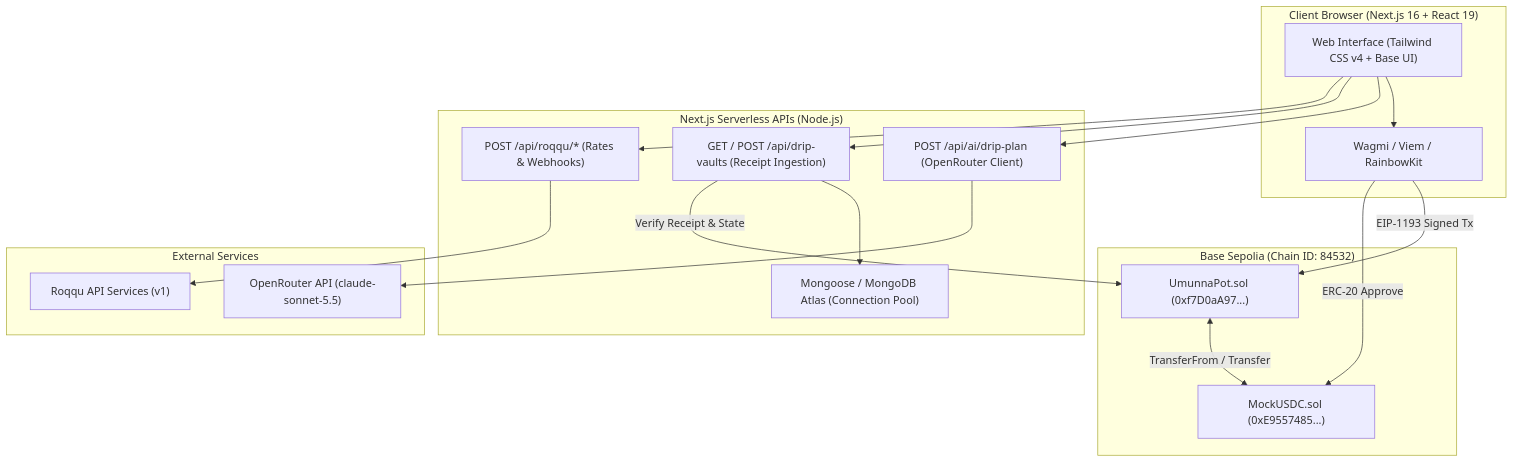
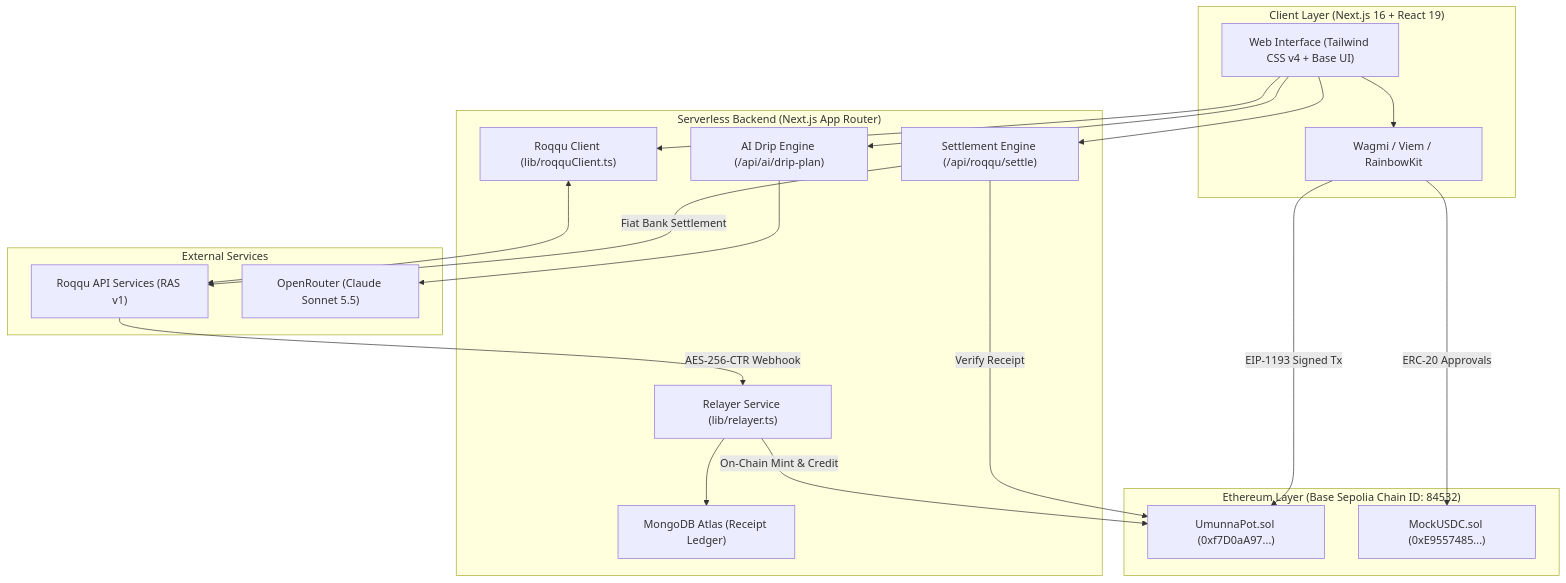
One commit to Umunna-Pot/umunna-pot changed the third of 3 diagrams in README.md. Above: the diagram before and after it, drawn with Mermaid. The commit also changed other lines of this file and 10 other files, not shown here.

Commit message:
fix: sync dashboard quorum banner with on-chain state; widen drip vault modal; brand wallet button; revamp README with Roqqu and contract details

````diff
--- a/README.md
+++ b/README.md
@@ -130,38 +247,42 @@
 ```mermaid
 flowchart TD
-    subgraph Client ["Client Browser (Next.js 16 + React 19)"]
+    subgraph Client ["Client Layer (Next.js 16 + React 19)"]
         UI["Web Interface (Tailwind CSS v4 + Base UI)"]
         WagmiProvider["Wagmi / Viem / RainbowKit"]
     end
 
-    subgraph Backend ["Next.js Serverless APIs (Node.js)"]
-        AiPlanApi["POST /api/ai/drip-plan (OpenRouter Client)"]
-        DripVaultApi["GET / POST /api/drip-vaults (Receipt Ingestion)"]
-        RoqquApi["POST /api/roqqu/* (Rates & Webhooks)"]
-        DbClient["Mongoose / MongoDB Atlas (Connection Pool)"]
+    subgraph Backend ["Serverless Backend (Next.js App Router)"]
+        Relayer["Relayer Service (lib/relayer.ts)"]
+        RoqquClient["Roqqu Client (lib/roqquClient.ts)"]
+        AiPlanApi["AI Drip Engine (/api/ai/drip-plan)"]
+        SettleApi["Settlement Engine (/api/roqqu/settle)"]
+        DbClient["MongoDB Atlas (Receipt Ledger)"]
     end
 
-    subgraph Blockchain ["Base Sepolia (Chain ID: 84532)"]
+    subgraph Blockchain ["Ethereum Layer (Base Sepolia Chain ID: 84532)"]
         UmunnaPotContract["UmunnaPot.sol (0xf7D0aA97...)"]
         MockUsdcContract["MockUSDC.sol (0xE9557485...)"]
     end
 
     subgraph External ["External Services"]
-        OpenRouterService["OpenRouter API (claude-sonnet-5.5)"]
-        RoqquService["Roqqu API Services (v1)"]
+        RoqquService["Roqqu API Services (RAS v1)"]
+        OpenRouterService["OpenRouter (Claude Sonnet 5.5)"]
     end
 
     UI --> WagmiProvider
     WagmiProvider -->|EIP-1193 Signed Tx| UmunnaPotContract
-    WagmiProvider -->|ERC-20 Approve| MockUsdcContract
-    UmunnaPotContract <-->|TransferFrom / Transfer| MockUsdcContract
+    WagmiProvider -->|ERC-20 Approvals| MockUsdcContract
+
+    UI --> RoqquClient
+    RoqquClient <--> RoqquService
+    RoqquService -->|AES-256-CTR Webhook| Relayer
+    Relayer -->|On-Chain Mint & Credit| UmunnaPotContract
+
+    UI --> SettleApi
+    SettleApi -->|Verify Receipt| UmunnaPotContract
+    SettleApi -->|Fiat Bank Settlement| RoqquService
 
     UI --> AiPlanApi
     AiPlanApi --> OpenRouterService
-    UI --> DripVaultApi
-    DripVaultApi --> DbClient
-    DripVaultApi -->|Verify Receipt & State| UmunnaPotContract
-
-    UI --> RoqquApi
-    RoqquApi --> RoqquService
+    Relayer --> DbClient
 ```
````
